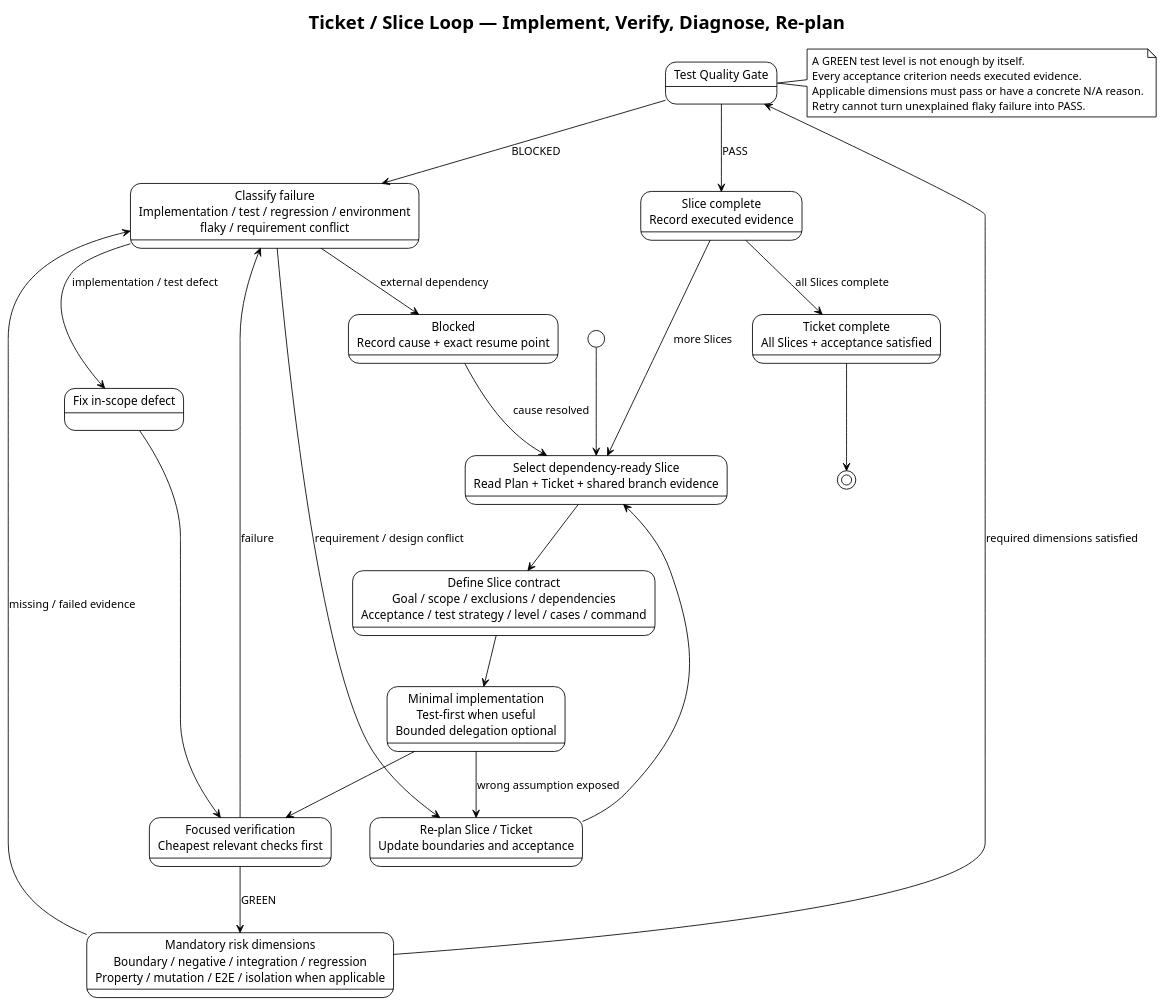
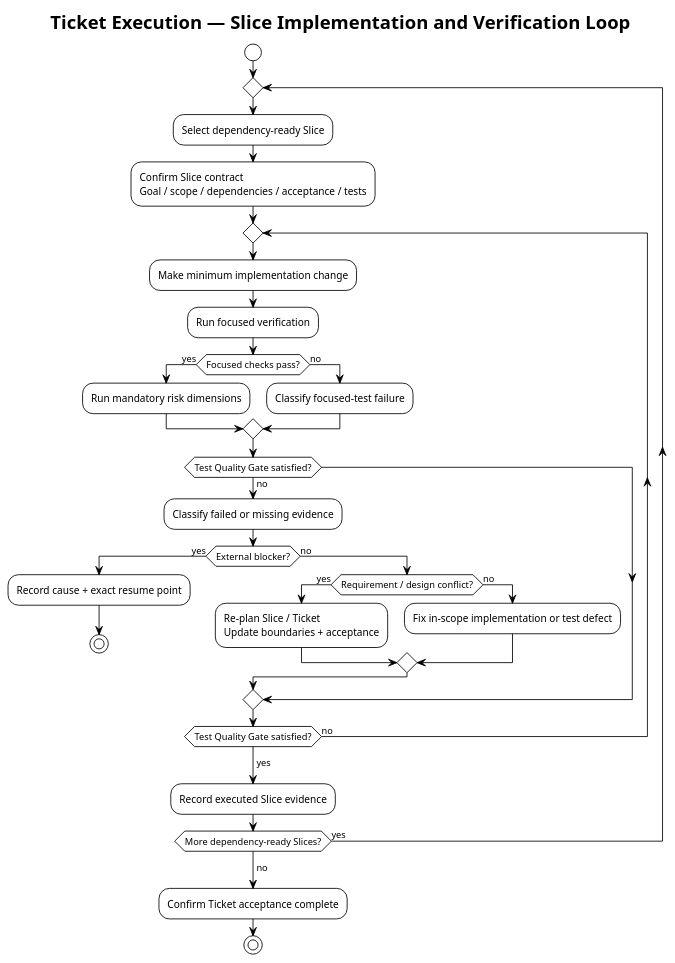
One commit to i-zrhe2016/codex-development-workflow changed the diagram in docs/diagrams/ticket-slice-loop.puml. Above: the diagram before and after it, drawn with PlantUML. The commit also changed 8 other files, not shown here.

Commit message:
docs(diagrams): normalize PlantUML views

```diff
--- a/docs/diagrams/ticket-slice-loop.puml
+++ b/docs/diagrams/ticket-slice-loop.puml
@@ -1,49 +1,49 @@
 @startuml
 !theme plain
-top to bottom direction
 skinparam shadowing false
 skinparam defaultFontName Arial
 
-title Ticket / Slice Loop — Implement, Verify, Diagnose, Re-plan
+title Ticket Execution — Slice Implementation and Verification Loop
 
-state "Select dependency-ready Slice\nRead Plan + Ticket + shared branch evidence" as select
-state "Define Slice contract\nGoal / scope / exclusions / dependencies\nAcceptance / test strategy / level / cases / command" as contract
-state "Minimal implementation\nTest-first when useful\nBounded delegation optional" as implement
-state "Focused verification\nCheapest relevant checks first" as focused
-state "Mandatory risk dimensions\nBoundary / negative / integration / regression\nProperty / mutation / E2E / isolation when applicable" as dimensions
-state "Test Quality Gate" as gate
-state "Classify failure\nImplementation / test / regression / environment\nflaky / requirement conflict" as diagnose
-state "Fix in-scope defect" as fix
-state "Blocked\nRecord cause + exact resume point" as blocked
-state "Re-plan Slice / Ticket\nUpdate boundaries and acceptance" as replan
-state "Slice complete\nRecord executed evidence" as slice_done
-state "Ticket complete\nAll Slices + acceptance satisfied" as ticket_done
+start
 
-[*] --> select
-select --> contract
-contract --> implement
-implement --> focused
-focused --> diagnose : failure
-focused --> dimensions : GREEN
-dimensions --> diagnose : missing / failed evidence
-dimensions --> gate : required dimensions satisfied
-gate --> diagnose : BLOCKED
-gate --> slice_done : PASS
-diagnose --> fix : implementation / test defect
-fix --> focused
-diagnose --> blocked : external dependency
-blocked --> select : cause resolved
-diagnose --> replan : requirement / design conflict
-implement --> replan : wrong assumption exposed
-replan --> select
-slice_done --> select : more Slices
-slice_done --> ticket_done : all Slices complete
-ticket_done --> [*]
+repeat
+  :Select dependency-ready Slice;
+  :Confirm Slice contract\nGoal / scope / dependencies / acceptance / tests;
 
-note right of gate
-A GREEN test level is not enough by itself.
-Every acceptance criterion needs executed evidence.
-Applicable dimensions must pass or have a concrete N/A reason.
-Retry cannot turn unexplained flaky failure into PASS.
-end note
+  repeat
+    :Make minimum implementation change;
+    :Run focused verification;
+
+    if (Focused checks pass?) then (yes)
+      :Run mandatory risk dimensions;
+    else (no)
+      :Classify focused-test failure;
+    endif
+
+    if (Test Quality Gate satisfied?) then (no)
+      :Classify failed or missing evidence;
+
+      if (External blocker?) then (yes)
+        :Record cause + exact resume point;
+        stop
+      else (no)
+        if (Requirement / design conflict?) then (yes)
+          :Re-plan Slice / Ticket\nUpdate boundaries + acceptance;
+        else (no)
+          :Fix in-scope implementation or test defect;
+        endif
+      endif
+    endif
+
+  repeat while (Test Quality Gate satisfied?) is (no)
+  ->yes;
+
+  :Record executed Slice evidence;
+
+repeat while (More dependency-ready Slices?) is (yes)
+->no;
+
+:Confirm Ticket acceptance complete;
+stop
 @enduml
```
